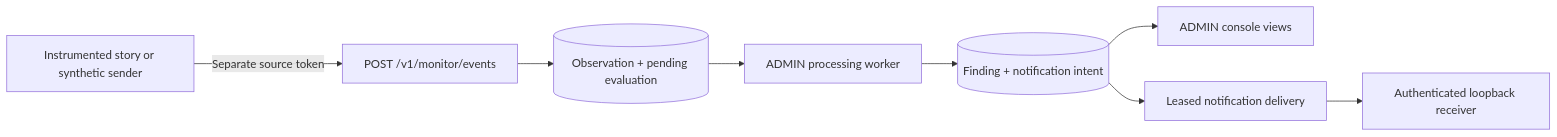
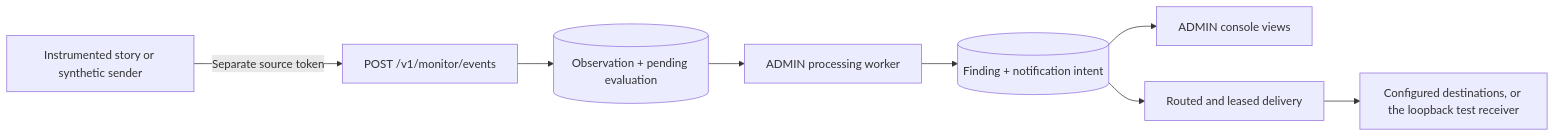
Before and after one commit to ExecBound/execbound: the diagram in docs/TINES_MONITORING.md, drawn with Mermaid. The commit also changed other lines of this file and 116 other files, not shown here.

````diff
--- a/docs/TINES_MONITORING.md
+++ b/docs/TINES_MONITORING.md
@@ -7,10 +7,10 @@
 ```mermaid
 flowchart LR
     T[Instrumented story or synthetic sender] -->|Separate source token| I[POST /v1/monitor/events]
     I --> O[(Observation + pending evaluation)]
     O --> W[ADMIN processing worker]
     W --> F[(Finding + notification intent)]
     F --> U[ADMIN console views]
-    F --> D[Leased notification delivery]
-    D --> R[Authenticated loopback receiver]
+    F --> D[Routed and leased delivery]
+    D --> R[Configured destinations, or the loopback test receiver]
 ```
````
